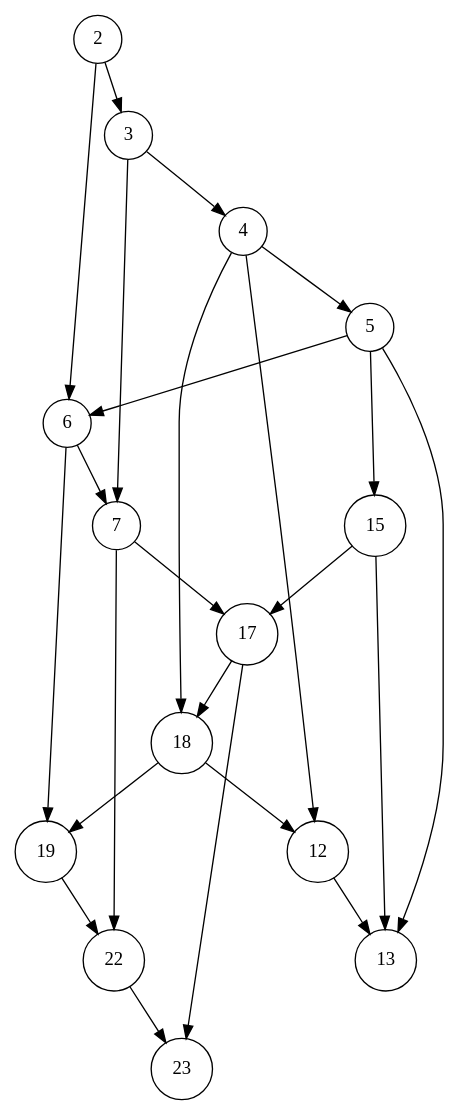
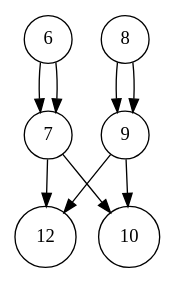
The diagram in execution_7.dot (gintskk/execution-log-parser), drawn with Graphviz before and after one commit. The commit also changed 19 other files, not shown here.

```diff
--- a/execution_7.dot
+++ b/execution_7.dot
@@ -1,26 +1,11 @@
 digraph execution {
   node [shape=circle];
-  19 -> 22;
-  22 -> 23;
-  5 -> 6;
-  5 -> 15;
-  5 -> 13;
-  3 -> 4;
-  3 -> 7;
-  7 -> 22;
-  7 -> 17;
-  18 -> 19;
-  18 -> 12;
-  2 -> 3;
-  2 -> 6;
-  12 -> 13;
+  7 -> 12;
+  7 -> 10;
   6 -> 7;
-  6 -> 19;
-  17 -> 18;
-  17 -> 23;
-  4 -> 5;
-  4 -> 18;
-  4 -> 12;
-  15 -> 17;
-  15 -> 13;
+  6 -> 7;
+  9 -> 10;
+  9 -> 12;
+  8 -> 9;
+  8 -> 9;
 }
```
